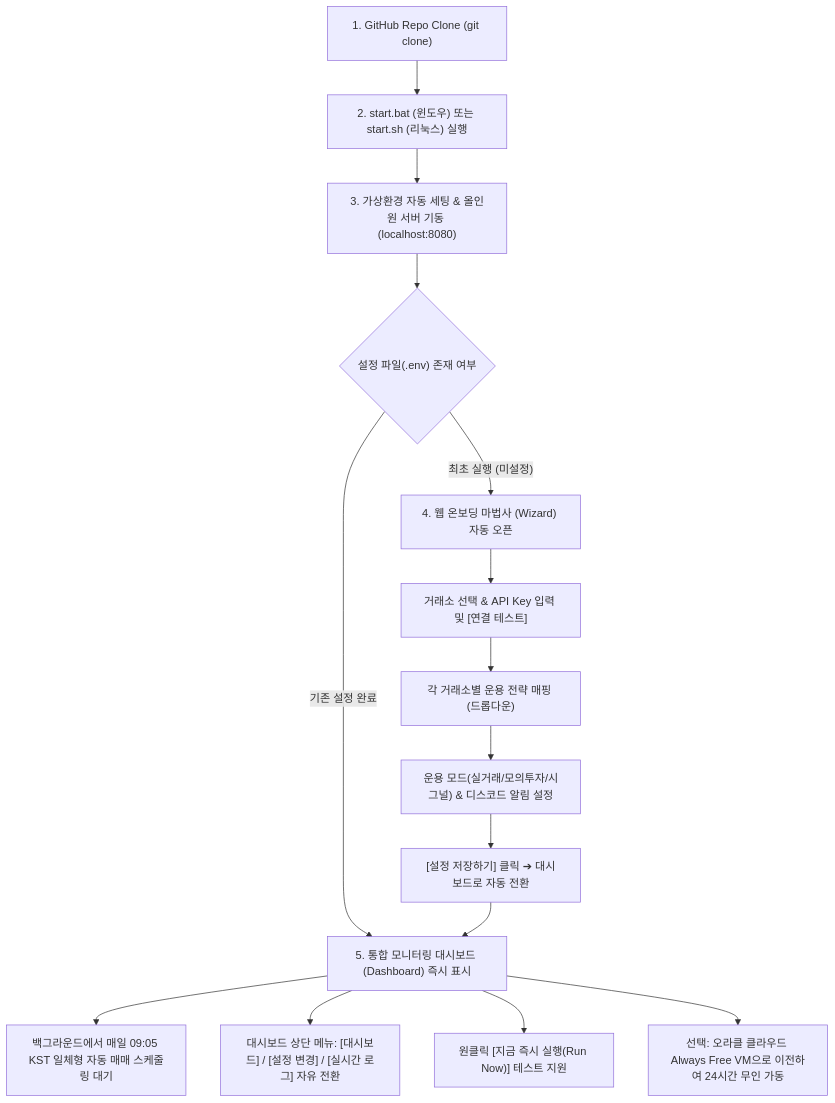
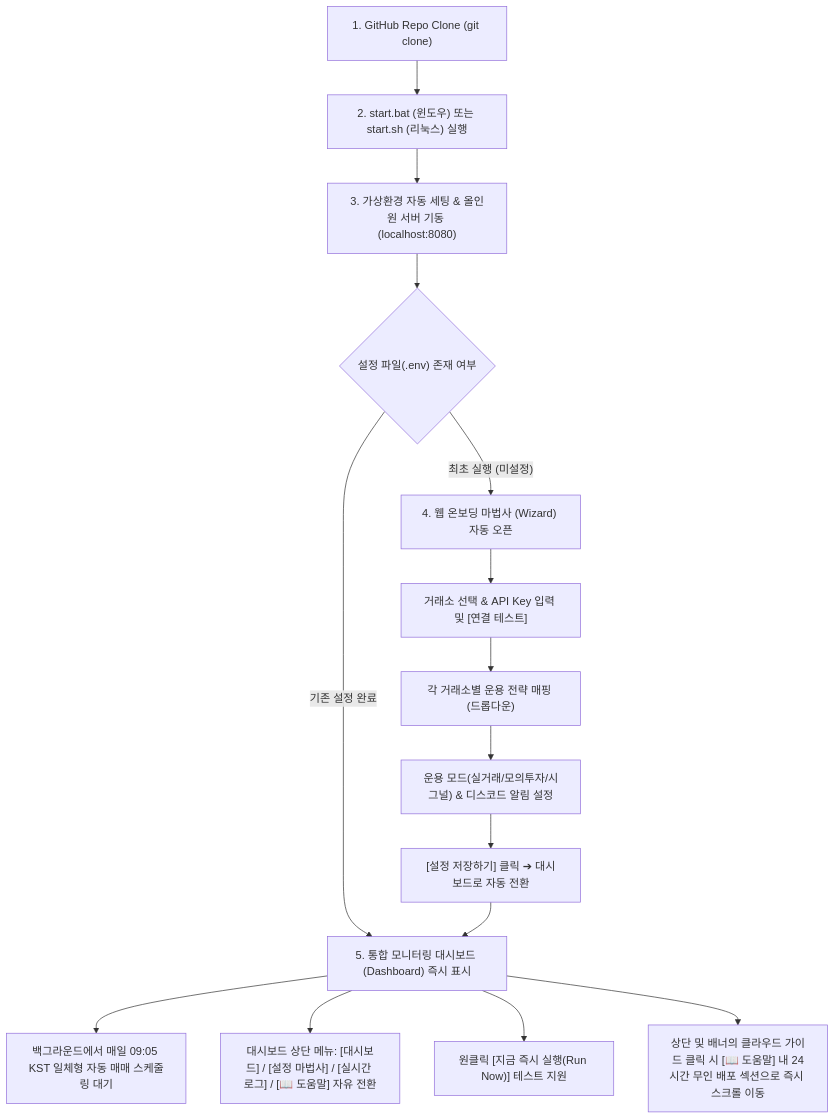
One commit to haksoo0918/crypto-quant-wizard changed the diagram in PRD.md. Above: the diagram before and after it, drawn with Mermaid. The commit also changed other lines of this file, not shown here.

````diff
--- a/PRD.md
+++ b/PRD.md
@@ -30,17 +30,17 @@
 ```mermaid
 flowchart TD
     A["1. GitHub Repo Clone (git clone)"] --> B["2. start.bat (윈도우) 또는 start.sh (리눅스) 실행"]
     B --> C["3. 가상환경 자동 세팅 & 올인원 서버 기동 (localhost:8080)"]
     C --> D{"설정 파일(.env) 존재 여부"}
     D -- "최초 실행 (미설정)" --> E["4. 웹 온보딩 마법사 (Wizard) 자동 오픈"]
     D -- "기존 설정 완료" --> F["5. 통합 모니터링 대시보드 (Dashboard) 즉시 표시"]
     E --> E1["거래소 선택 & API Key 입력 및 [연결 테스트]"]
     E1 --> E2["각 거래소별 운용 전략 매핑 (드롭다운)"]
     E2 --> E3["운용 모드(실거래/모의투자/시그널) & 디스코드 알림 설정"]
     E3 --> E4["[설정 저장하기] 클릭 ➔ 대시보드로 자동 전환"]
     E4 --> F
     F --> G["백그라운드에서 매일 09:05 KST 일체형 자동 매매 스케줄링 대기"]
-    F --> H["대시보드 상단 메뉴: [대시보드] / [설정 변경] / [실시간 로그] 자유 전환"]
+    F --> H["대시보드 상단 메뉴: [대시보드] / [설정 마법사] / [실시간 로그] / [📖 도움말] 자유 전환"]
     F --> I["원클릭 [지금 즉시 실행(Run Now)] 테스트 지원"]
-    F --> J["선택: 오라클 클라우드 Always Free VM으로 이전하여 24시간 무인 가동"]
+    F --> J["상단 및 배너의 클라우드 가이드 클릭 시 [📖 도움말] 내 24시간 무인 배포 섹션으로 즉시 스크롤 이동"]
 ```
````
